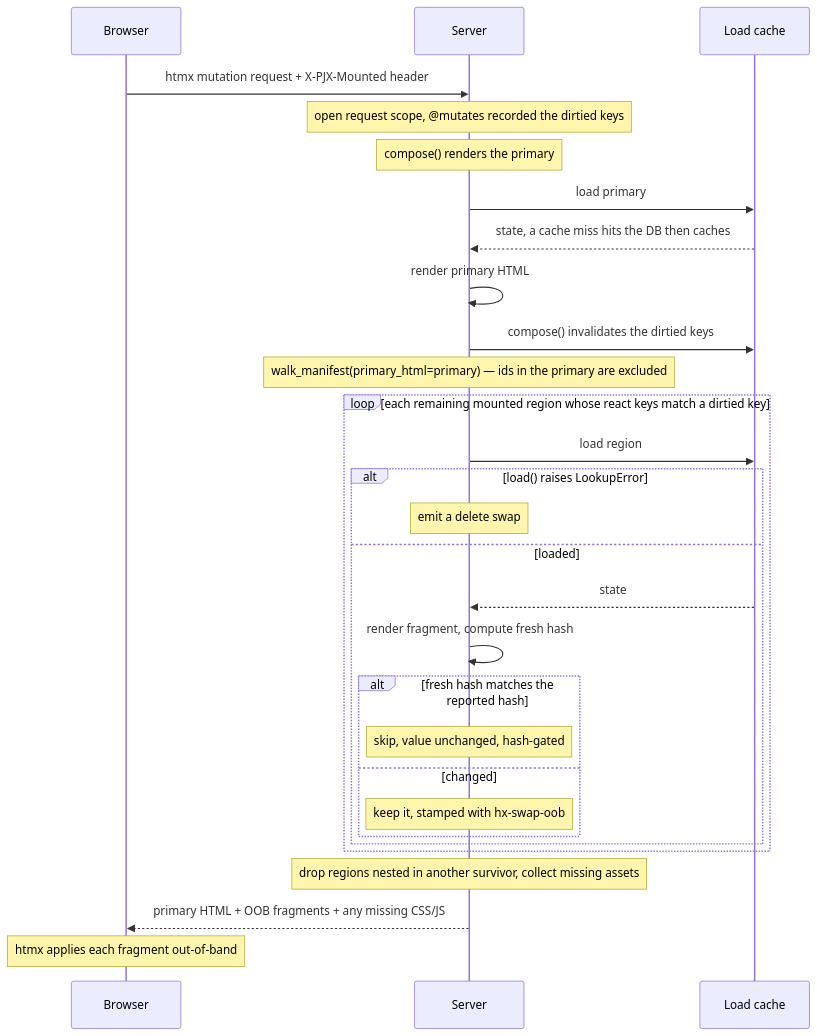
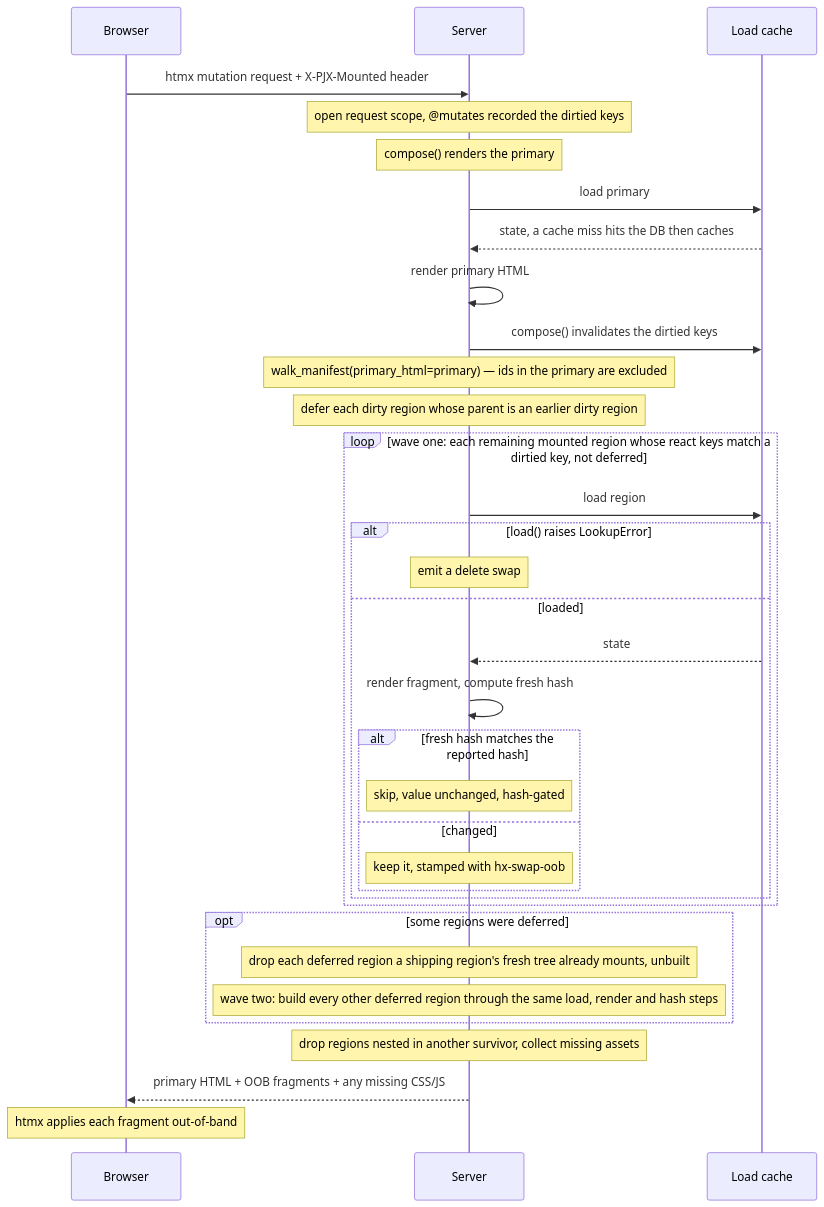
The first of 2 diagrams in docs/reactivity.md (paulomtts/pyjinhx), drawn with Mermaid before and after one commit. The commit also changed other lines of this file and 8 other files, not shown here.

````diff
--- a/docs/reactivity.md
+++ b/docs/reactivity.md
@@ -790,35 +790,40 @@
 ```mermaid
 sequenceDiagram
     participant B as Browser
     participant S as Server
     participant C as Load cache
 
     B->>S: htmx mutation request + X-PJX-Mounted header
     Note over S: open request scope, @mutates recorded the dirtied keys
 
     Note over S: compose() renders the primary
     S->>C: load primary
     C-->>S: state, a cache miss hits the DB then caches
     S->>S: render primary HTML
 
     S->>C: compose() invalidates the dirtied keys
     Note over S: walk_manifest(primary_html=primary) — ids in the primary are excluded
-    loop each remaining mounted region whose react keys match a dirtied key
+    Note over S: defer each dirty region whose parent is an earlier dirty region
+    loop wave one: each remaining mounted region whose react keys match a dirtied key, not deferred
         S->>C: load region
         alt load() raises LookupError
             Note over S: emit a delete swap
         else loaded
             C-->>S: state
             S->>S: render fragment, compute fresh hash
             alt fresh hash matches the reported hash
                 Note over S: skip, value unchanged, hash-gated
             else changed
                 Note over S: keep it, stamped with hx-swap-oob
             end
         end
     end
+    opt some regions were deferred
+        Note over S: drop each deferred region a shipping region's fresh tree already mounts, unbuilt
+        Note over S: wave two: build every other deferred region through the same load, render and hash steps
+    end
     Note over S: drop regions nested in another survivor, collect missing assets
 
     S-->>B: primary HTML + OOB fragments + any missing CSS/JS
     Note over B: htmx applies each fragment out-of-band
 ```
````
